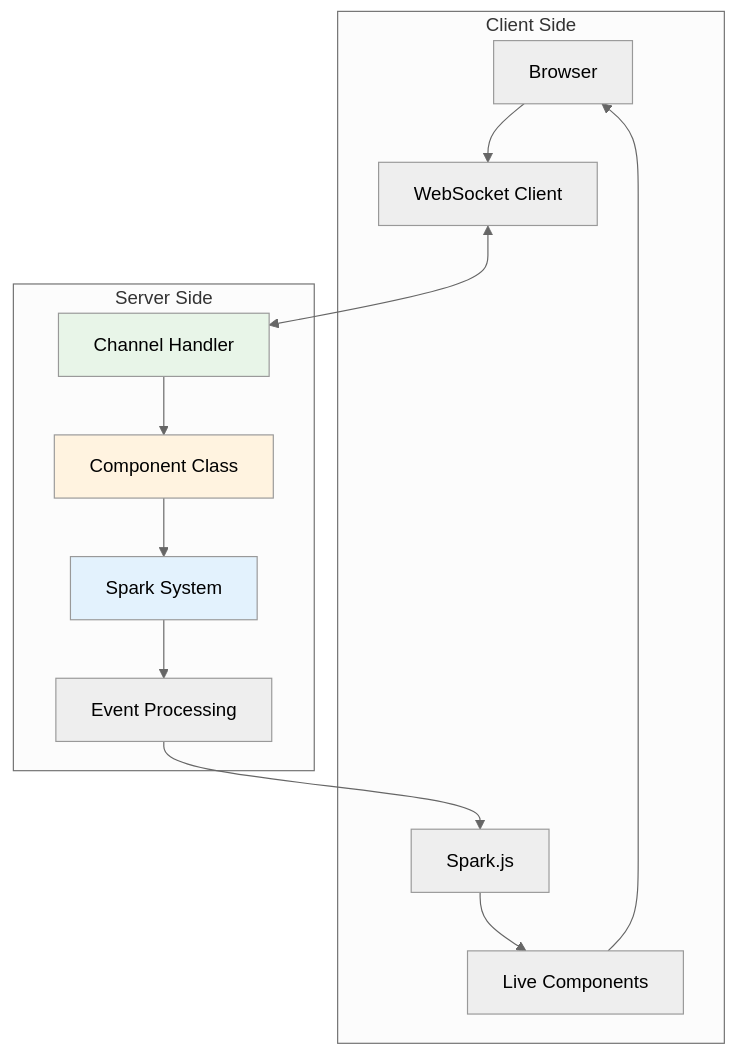
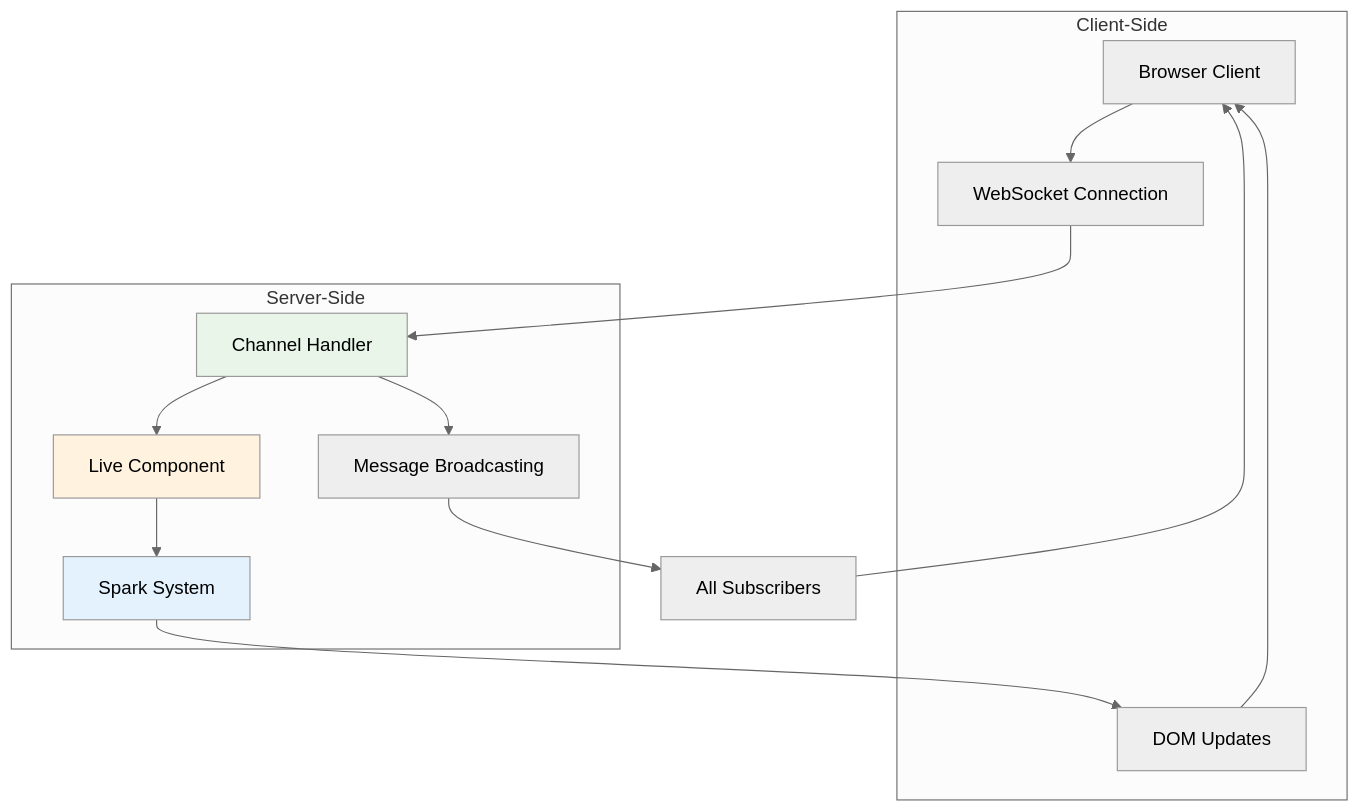
The diagram in docs/real-time.md (azutoolkit/azu), drawn with Mermaid (neutral theme) before and after one commit. The commit also changed other lines of this file and 4 other files, not shown here.

````diff
--- a/docs/real-time.md
+++ b/docs/real-time.md
@@ -7,29 +9,31 @@
 ```mermaid
 graph TB
-    subgraph "Client Side"
-        Browser[Browser]
-        WSClient[WebSocket Client]
-        SparkJS[Spark.js]
-        Components[Live Components]
+    Client[Browser Client] --> WS[WebSocket Connection]
+    WS --> Channel[Channel Handler]
+    Channel --> Component[Live Component]
+    Component --> Spark[Spark System]
+
+    Spark --> Update[DOM Updates]
+    Update --> Client
+
+    Channel --> Broadcast[Message Broadcasting]
+    Broadcast --> Subscribers[All Subscribers]
+    Subscribers --> Client
+
+    subgraph "Server-Side"
+        Channel
+        Component
+        Spark
+        Broadcast
     end
 
-    subgraph "Server Side"
-        Channel[Channel Handler]
-        Component[Component Class]
-        SparkSystem[Spark System]
-        Events[Event Processing]
+    subgraph "Client-Side"
+        WS
+        Update
+        Client
     end
-
-    Browser --> WSClient
-    WSClient <--> Channel
-    Channel --> Component
-    Component --> SparkSystem
-    SparkSystem --> Events
-    Events --> SparkJS
-    SparkJS --> Components
-    Components --> Browser
 
     style Channel fill:#e8f5e8
     style Component fill:#fff3e0
-    style SparkSystem fill:#e3f2fd
+    style Spark fill:#e3f2fd
 ```
````
